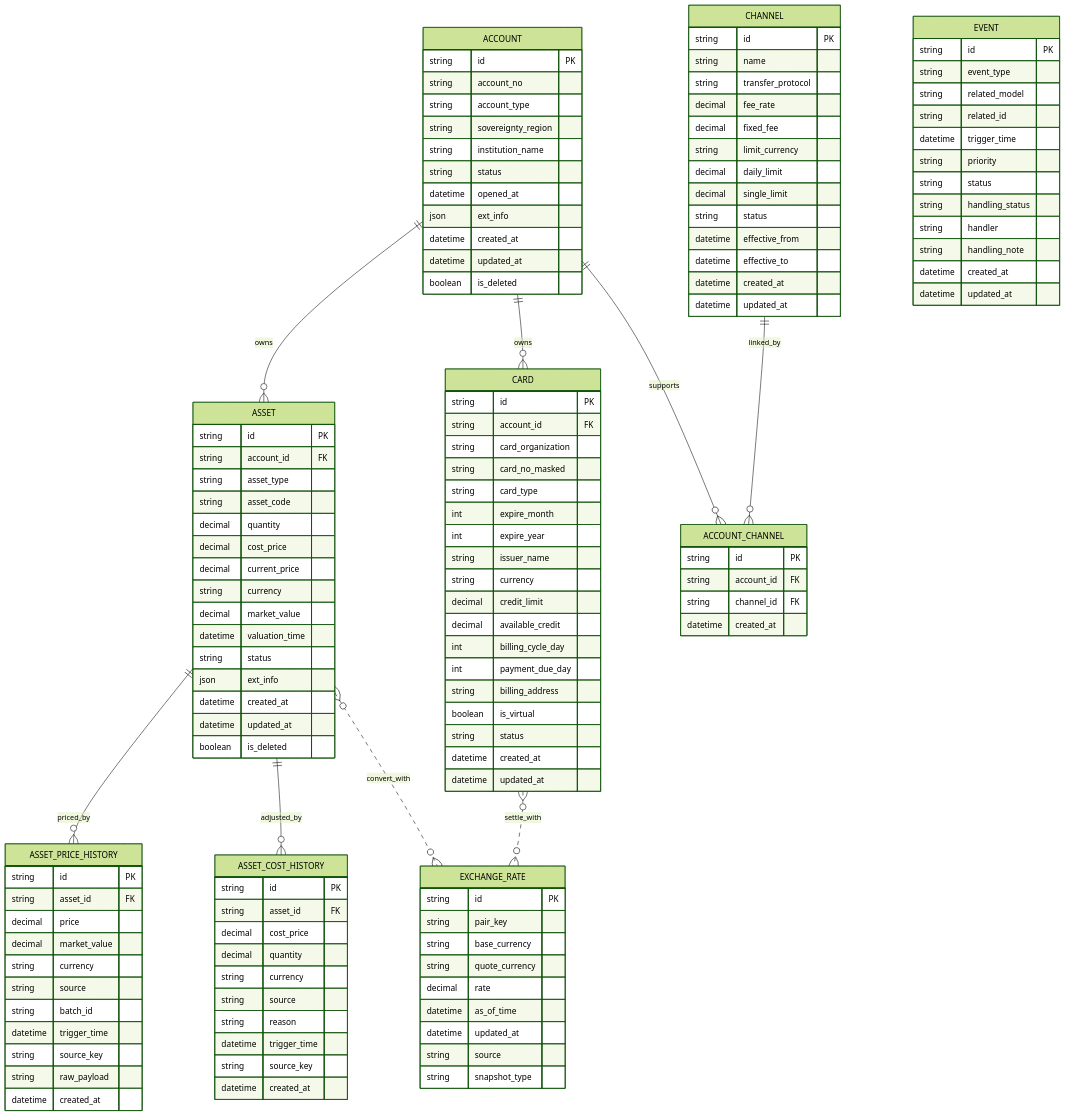
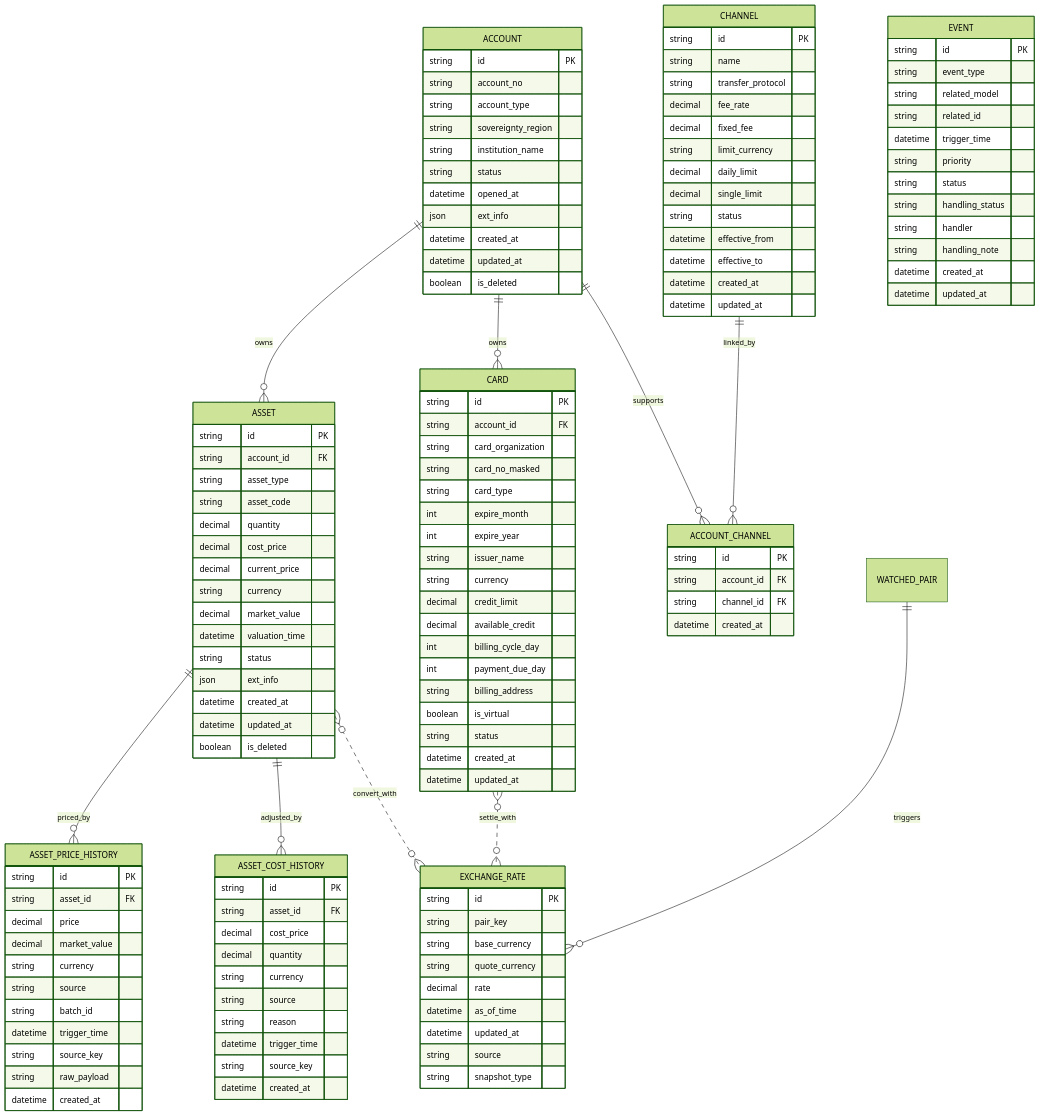
One commit to Karenina-na/coffer changed the diagram in doc/er-diagram.md. Above: the diagram before and after it, drawn with Mermaid (forest theme). The commit also changed 5 other files, not shown here.

```diff
--- a/doc/er-diagram.md
+++ b/doc/er-diagram.md
@@ -16,6 +16,7 @@
     ASSET ||--o{ ASSET_COST_HISTORY : adjusted_by
     ASSET }o..o{ EXCHANGE_RATE : convert_with
     CARD }o..o{ EXCHANGE_RATE : settle_with
+    WATCHED_PAIR ||--o{ EXCHANGE_RATE : triggers
 
     ACCOUNT {
         string id PK
```
